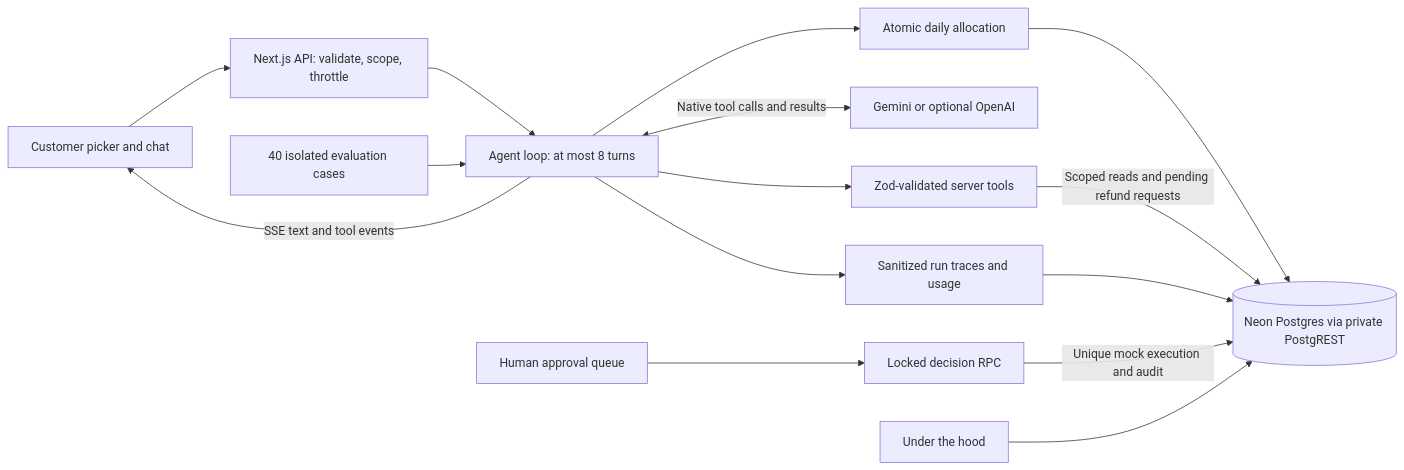
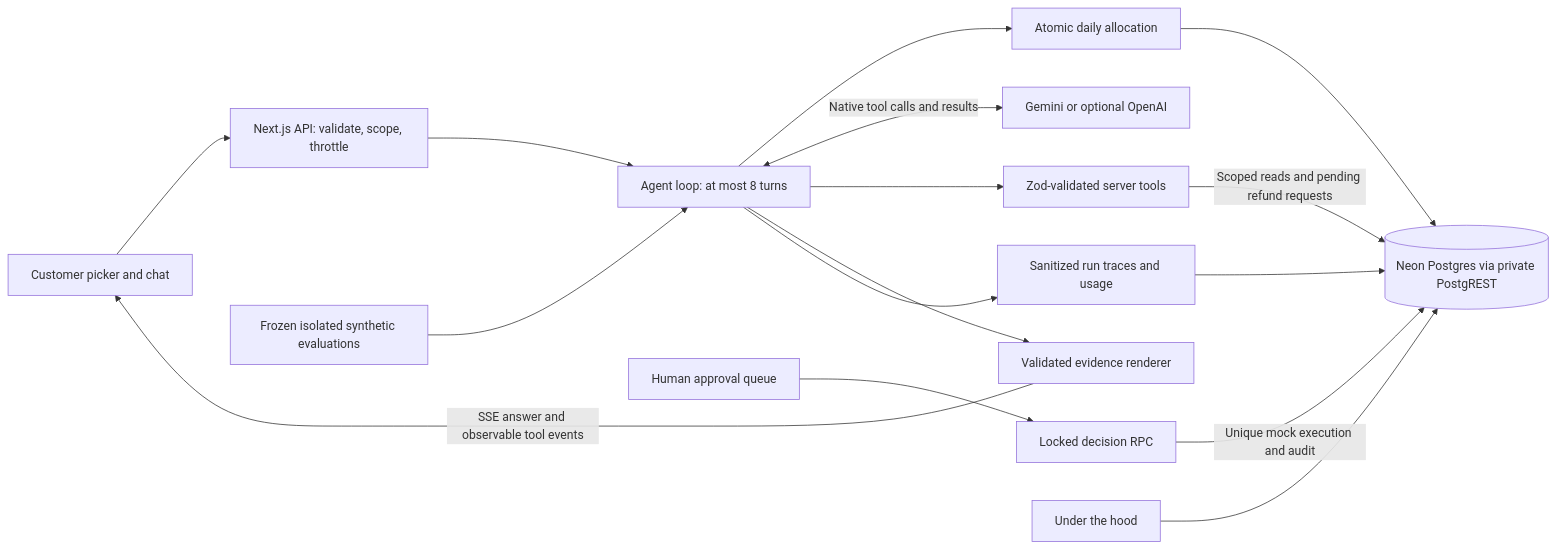
The diagram in README.md (NishithVadlamudi/AI-Payment-Dispute-Agent), drawn with Mermaid before and after one commit. The commit also changed other lines of this file and 17 other files, not shown here.

````diff
--- a/README.md
+++ b/README.md
@@ -49,17 +35,18 @@
 ```mermaid
 flowchart LR
   UI[Customer picker and chat] --> API[Next.js API: validate, scope, throttle]
   API --> LOOP[Agent loop: at most 8 turns]
   LOOP --> BUDGET[Atomic daily allocation]
   BUDGET --> DB[(Neon Postgres via private PostgREST)]
   LOOP <-->|Native tool calls and results| MODEL[Gemini or optional OpenAI]
   LOOP --> TOOLS[Zod-validated server tools]
   TOOLS -->|Scoped reads and pending refund requests| DB
   HUMAN[Human approval queue] --> RPC[Locked decision RPC]
   RPC -->|Unique mock execution and audit| DB
-  LOOP -->|SSE text and tool events| UI
+  LOOP --> RENDER[Validated evidence renderer]
+  RENDER -->|SSE answer and observable tool events| UI
   LOOP --> TRACE[Sanitized run traces and usage]
   TRACE --> DB
-  EVAL[40 isolated evaluation cases] --> LOOP
+  EVAL[Frozen isolated synthetic evaluations] --> LOOP
   HOOD[Under the hood] --> DB
 ```
````
